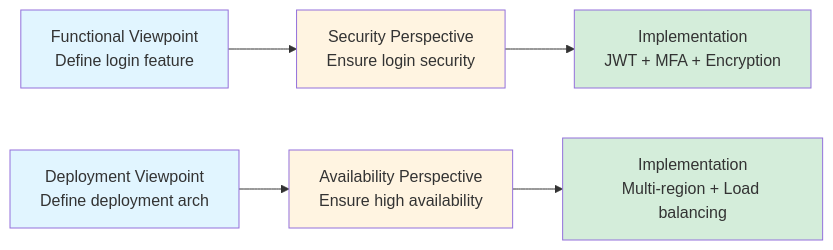
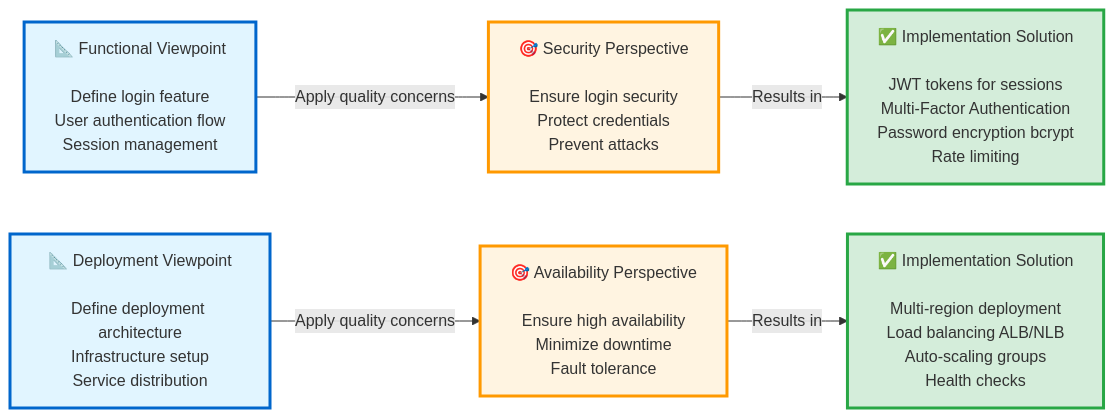
Before and after one commit to humank/genai-demo: the second of 3 diagrams in docs/rozanski-woods-methodology-guide.md, drawn with Mermaid. The commit also changed other lines of this file, not shown here.

First line of the commit message:
docs: improve Mermaid diagrams with larger, more detailed visualizations

````diff
--- a/docs/rozanski-woods-methodology-guide.md
+++ b/docs/rozanski-woods-methodology-guide.md
@@ -151,15 +170,22 @@
 ```mermaid
 graph LR
-    A[Functional Viewpoint<br/>Define login feature] --> B[Security Perspective<br/>Ensure login security]
-    B --> C[Implementation<br/>JWT + MFA + Encryption]
+    A["📐 Functional Viewpoint<br/><br/>Define login feature<br/>User authentication flow<br/>Session management"] 
+    B["🎯 Security Perspective<br/><br/>Ensure login security<br/>Protect credentials<br/>Prevent attacks"]
+    C["✅ Implementation Solution<br/><br/>JWT tokens for sessions<br/>Multi-Factor Authentication<br/>Password encryption bcrypt<br/>Rate limiting"]
     
-    D[Deployment Viewpoint<br/>Define deployment arch] --> E[Availability Perspective<br/>Ensure high availability]
-    E --> F[Implementation<br/>Multi-region + Load balancing]
+    D["📐 Deployment Viewpoint<br/><br/>Define deployment architecture<br/>Infrastructure setup<br/>Service distribution"]
+    E["🎯 Availability Perspective<br/><br/>Ensure high availability<br/>Minimize downtime<br/>Fault tolerance"]
+    F["✅ Implementation Solution<br/><br/>Multi-region deployment<br/>Load balancing ALB/NLB<br/>Auto-scaling groups<br/>Health checks"]
     
-    style A fill:#e1f5ff
-    style D fill:#e1f5ff
-    style B fill:#fff4e1
-    style E fill:#fff4e1
-    style C fill:#d4edda
-    style F fill:#d4edda
+    A -->|"Apply quality concerns"| B
+    B -->|"Results in"| C
+    D -->|"Apply quality concerns"| E
+    E -->|"Results in"| F
+    
+    style A fill:#e1f5ff,stroke:#0066cc,stroke-width:3px
+    style D fill:#e1f5ff,stroke:#0066cc,stroke-width:3px
+    style B fill:#fff4e1,stroke:#ff9900,stroke-width:3px
+    style E fill:#fff4e1,stroke:#ff9900,stroke-width:3px
+    style C fill:#d4edda,stroke:#28a745,stroke-width:3px
+    style F fill:#d4edda,stroke:#28a745,stroke-width:3px
 ```
````
